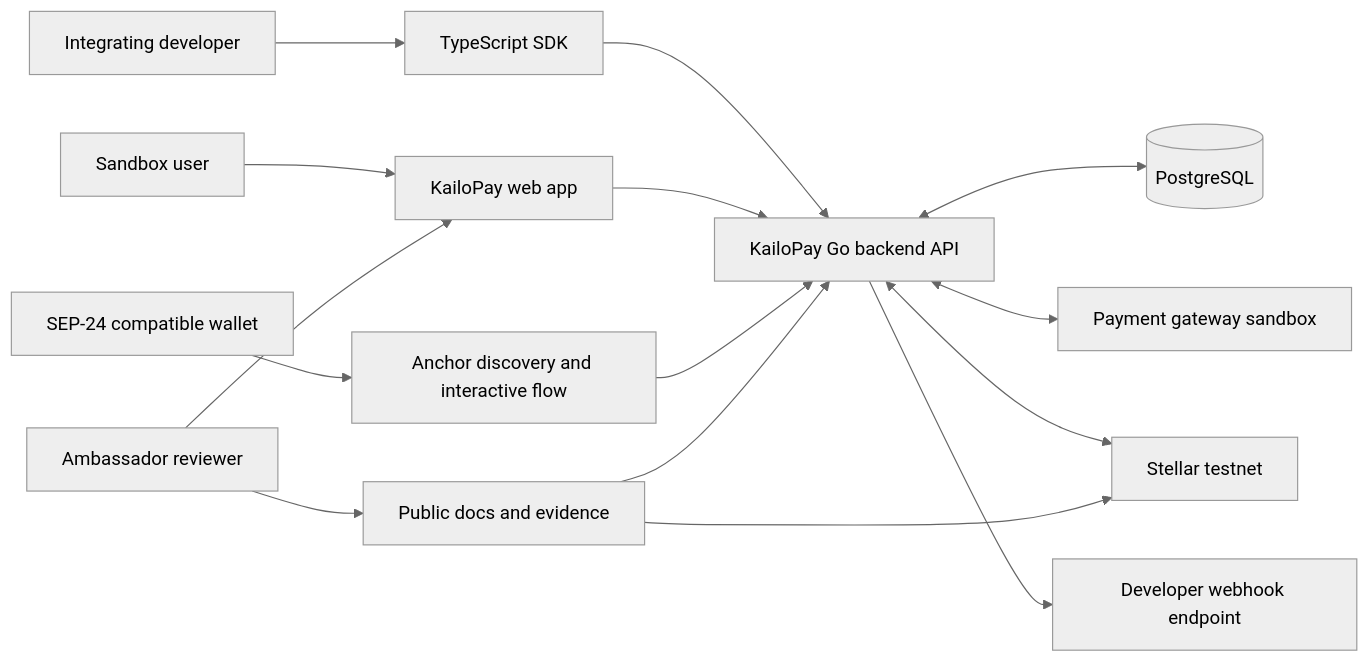
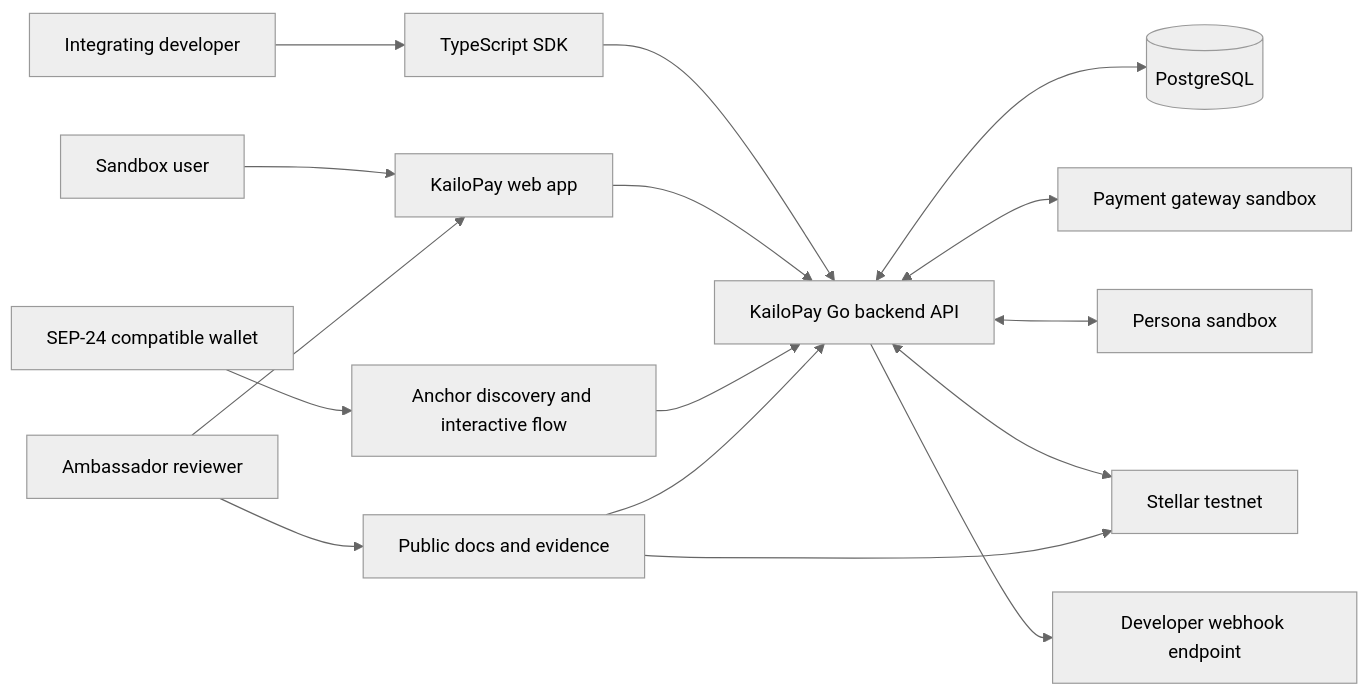
The diagram in documentations/backend/BACKEND-ARCHITECTURE.md (kailopay/kailo-be), drawn with Mermaid (neutral theme) before and after one commit. The commit also changed other lines of this file and 33 other files, not shown here.

````diff
--- a/documentations/backend/BACKEND-ARCHITECTURE.md
+++ b/documentations/backend/BACKEND-ARCHITECTURE.md
@@ -13,17 +13,18 @@
 ```mermaid
 flowchart LR
     User["Sandbox user"] --> Web["KailoPay web app"]
     Developer["Integrating developer"] --> SDK["TypeScript SDK"]
     SDK --> API["KailoPay Go backend API"]
     Wallet["SEP-24 compatible wallet"] --> Anchor["Anchor discovery and interactive flow"]
     Web --> API
     Anchor --> API
     API <--> PG[("PostgreSQL")]
     API <--> Gateway["Payment gateway sandbox"]
+    API <--> Persona["Persona sandbox"]
     API <--> Stellar["Stellar testnet"]
     API --> Consumer["Developer webhook endpoint"]
     Reviewer["Ambassador reviewer"] --> Web
     Reviewer --> Docs["Public docs and evidence"]
     Docs --> API
     Docs --> Stellar
 ```
````
